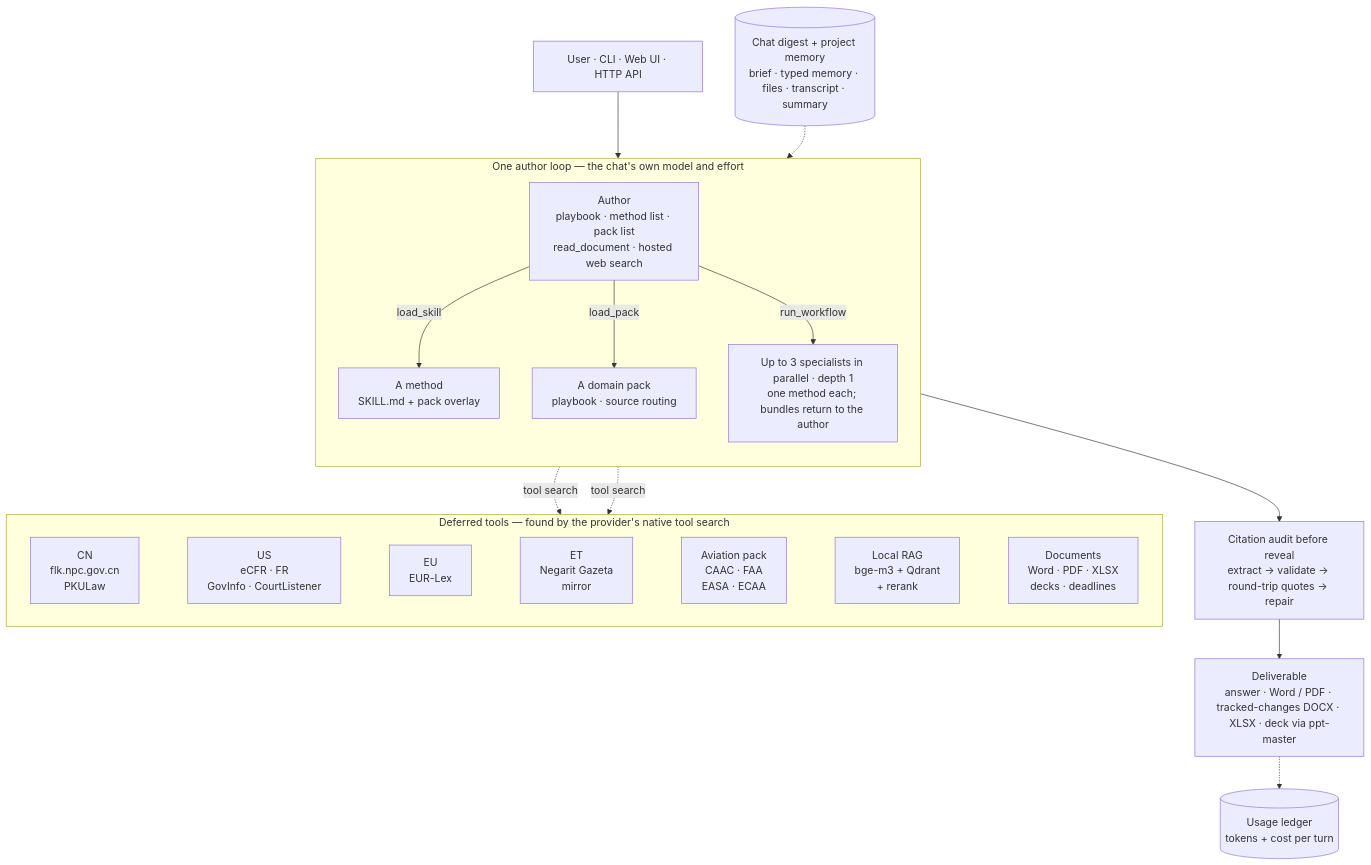
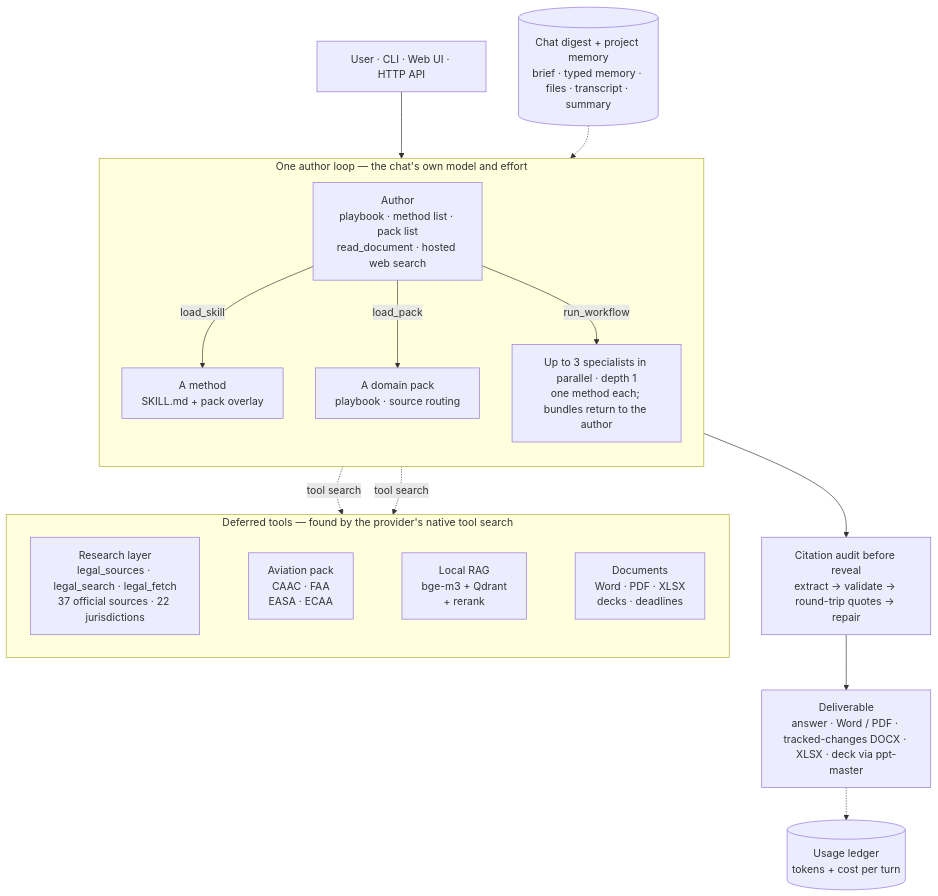
The diagram in README.md (WenzhuoXu/lawgent), drawn with Mermaid before and after one commit. The commit also changed other lines of this file and 159 other files, not shown here.

First line of the commit message:
Official sources in 22 jurisdictions; Claude Code as a second engine

````diff
--- a/README.md
+++ b/README.md
@@ -129,25 +228,25 @@
 ```mermaid
 flowchart TB
     U["User · CLI · Web UI · HTTP API"] --> A
     PM[("Chat digest + project memory<br/>brief · typed memory · files · transcript · summary")] -.-> A
 
     subgraph L["One author loop — the chat's own model and effort"]
         direction TB
         A["Author<br/>playbook · method list · pack list<br/>read_document · hosted web search"]
         A -->|load_skill| M["A method<br/>SKILL.md + pack overlay"]
         A -->|load_pack| P["A domain pack<br/>playbook · source routing"]
         A -->|run_workflow| S["Up to 3 specialists in parallel · depth 1<br/>one method each; bundles return to the author"]
     end
 
     A -.->|tool search| G
     S -.->|tool search| G
 
     subgraph G["Deferred tools — found by the provider's native tool search"]
         direction LR
-        CN["CN<br/>flk.npc.gov.cn<br/>PKULaw"] ~~~ US["US<br/>eCFR · FR<br/>GovInfo · CourtListener"] ~~~ EU["EU<br/>EUR-Lex"] ~~~ ET["ET<br/>Negarit Gazeta<br/>mirror"] ~~~ AV["Aviation pack<br/>CAAC · FAA<br/>EASA · ECAA"] ~~~ RAG["Local RAG<br/>bge-m3 + Qdrant<br/>+ rerank"] ~~~ DOC["Documents<br/>Word · PDF · XLSX<br/>decks · deadlines"]
+        RS["Research layer<br/>legal_sources · legal_search · legal_fetch<br/>37 official sources · 22 jurisdictions"] ~~~ AV["Aviation pack<br/>CAAC · FAA<br/>EASA · ECAA"] ~~~ RAG["Local RAG<br/>bge-m3 + Qdrant<br/>+ rerank"] ~~~ DOC["Documents<br/>Word · PDF · XLSX<br/>decks · deadlines"]
     end
 
     A --> QC["Citation audit before reveal<br/>extract → validate → round-trip quotes → repair"]
     QC --> OUT["Deliverable<br/>answer · Word / PDF · tracked-changes DOCX · XLSX · deck via ppt-master"]
     OUT -.-> LED[("Usage ledger<br/>tokens + cost per turn")]
 ```
````
